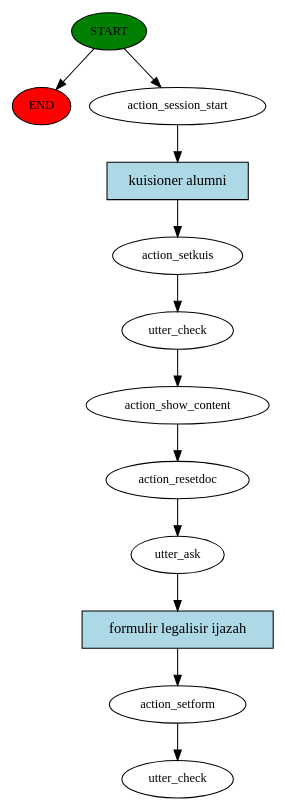
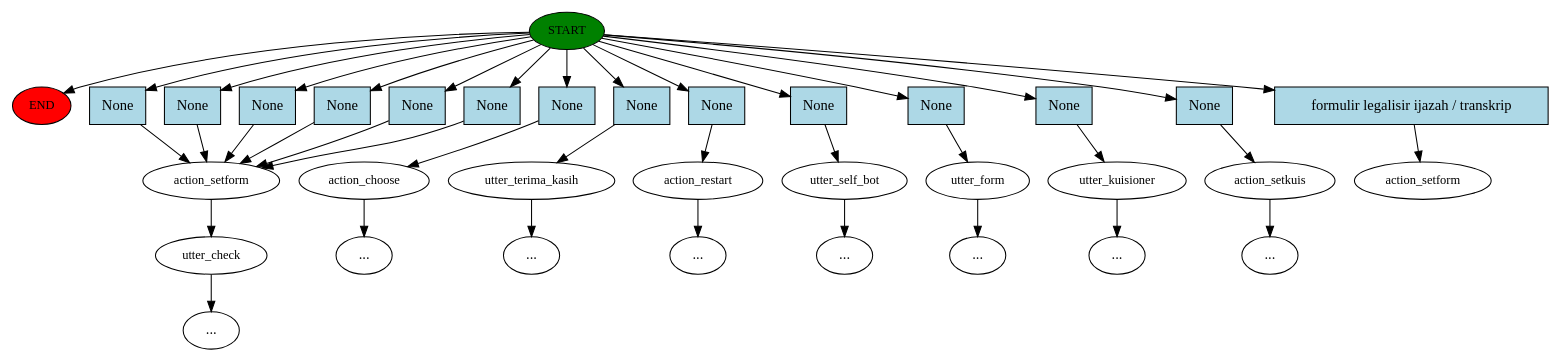
The diagram in story_graph.dot (inomaa/rasa), drawn with Graphviz before and after one commit. The commit also changed 2 other files, not shown here.

```diff
--- a/story_graph.dot
+++ b/story_graph.dot
@@ -1,25 +1,74 @@
 digraph  {
 0 [class="start active", fillcolor=green, fontsize=12, label=START, style=filled];
 "-1" [class=end, fillcolor=red, fontsize=12, label=END, style=filled];
-1 [class=active, fontsize=12, label=action_session_start];
-2 [class=active, fontsize=12, label=action_setkuis];
-3 [class=active, fontsize=12, label=utter_check];
-4 [class=active, fontsize=12, label=action_show_content];
-5 [class=active, fontsize=12, label=action_resetdoc];
-6 [class=active, fontsize=12, label=utter_ask];
-7 [class=active, fontsize=12, label=action_setform];
-8 [class="dashed active", fontsize=12, label=utter_check];
-9 [class="intent active", fillcolor=lightblue, label="kuisioner alumni", shape=rect, style=filled];
-10 [class="intent active", fillcolor=lightblue, label="formulir legalisir ijazah", shape=rect, style=filled];
+1 [class="", fontsize=12, label=action_setform];
+2 [class="", fontsize=12, label=utter_check];
+9 [class="", fontsize=12, label=action_choose];
+"-7" [class=ellipsis, label="..."];
+10 [class="", fontsize=12, label=utter_terima_kasih];
+"-8" [class=ellipsis, label="..."];
+11 [class="", fontsize=12, label=action_restart];
+"-9" [class=ellipsis, label="..."];
+12 [class="", fontsize=12, label=utter_self_bot];
+"-10" [class=ellipsis, label="..."];
+13 [class="", fontsize=12, label=utter_form];
+"-11" [class=ellipsis, label="..."];
+14 [class="", fontsize=12, label=utter_kuisioner];
+"-12" [class=ellipsis, label="..."];
+15 [class="", fontsize=12, label=action_setkuis];
+"-13" [class=ellipsis, label="..."];
+"-15" [class=ellipsis, label="..."];
+20 [class="dashed active", fontsize=12, label=action_setform];
+21 [class=intent, fillcolor=lightblue, label=None, shape=rect, style=filled];
+22 [class=intent, fillcolor=lightblue, label=None, shape=rect, style=filled];
+23 [class=intent, fillcolor=lightblue, label=None, shape=rect, style=filled];
+24 [class=intent, fillcolor=lightblue, label=None, shape=rect, style=filled];
+25 [class=intent, fillcolor=lightblue, label=None, shape=rect, style=filled];
+26 [class=intent, fillcolor=lightblue, label=None, shape=rect, style=filled];
+27 [class=intent, fillcolor=lightblue, label=None, shape=rect, style=filled];
+28 [class=intent, fillcolor=lightblue, label=None, shape=rect, style=filled];
+29 [class=intent, fillcolor=lightblue, label=None, shape=rect, style=filled];
+30 [class=intent, fillcolor=lightblue, label=None, shape=rect, style=filled];
+31 [class=intent, fillcolor=lightblue, label=None, shape=rect, style=filled];
+32 [class=intent, fillcolor=lightblue, label=None, shape=rect, style=filled];
+33 [class=intent, fillcolor=lightblue, label=None, shape=rect, style=filled];
+34 [class="intent active", fillcolor=lightblue, label="formulir legalisir ijazah / transkrip", shape=rect, style=filled];
 0 -> "-1"  [class="", key=NONE, label=""];
-0 -> 1  [class=active, key=NONE, label=""];
-1 -> 9  [class=active, key=0];
-2 -> 3  [class=active, key=NONE, label=""];
-3 -> 4  [class=active, key=NONE, label=""];
-4 -> 5  [class=active, key=NONE, label=""];
-5 -> 6  [class=active, key=NONE, label=""];
-6 -> 10  [class=active, key=0];
-7 -> 8  [class=active, key=NONE, label=""];
-9 -> 2  [class=active, key=0];
-10 -> 7  [class=active, key=0];
+0 -> 21  [class="", key=0];
+0 -> 22  [class="", key=0];
+0 -> 23  [class="", key=0];
+0 -> 24  [class="", key=0];
+0 -> 25  [class="", key=0];
+0 -> 26  [class="", key=0];
+0 -> 27  [class="", key=0];
+0 -> 28  [class="", key=0];
+0 -> 29  [class="", key=0];
+0 -> 30  [class="", key=0];
+0 -> 31  [class="", key=0];
+0 -> 32  [class="", key=0];
+0 -> 33  [class="", key=0];
+0 -> 34  [class=active, key=0];
+1 -> 2  [class="", key=NONE, label=""];
+2 -> "-15"  [class="", key=NONE, label=""];
+9 -> "-7"  [class="", key=NONE, label=""];
+10 -> "-8"  [class="", key=NONE, label=""];
+11 -> "-9"  [class="", key=NONE, label=""];
+12 -> "-10"  [class="", key=NONE, label=""];
+13 -> "-11"  [class="", key=NONE, label=""];
+14 -> "-12"  [class="", key=NONE, label=""];
+15 -> "-13"  [class="", key=NONE, label=""];
+21 -> 1  [class="", key=0];
+22 -> 1  [class="", key=0];
+23 -> 1  [class="", key=0];
+24 -> 1  [class="", key=0];
+25 -> 1  [class="", key=0];
+26 -> 1  [class="", key=0];
+27 -> 9  [class="", key=0];
+28 -> 10  [class="", key=0];
+29 -> 11  [class="", key=0];
+30 -> 12  [class="", key=0];
+31 -> 13  [class="", key=0];
+32 -> 14  [class="", key=0];
+33 -> 15  [class="", key=0];
+34 -> 20  [class=active, key=0];
 }
```
